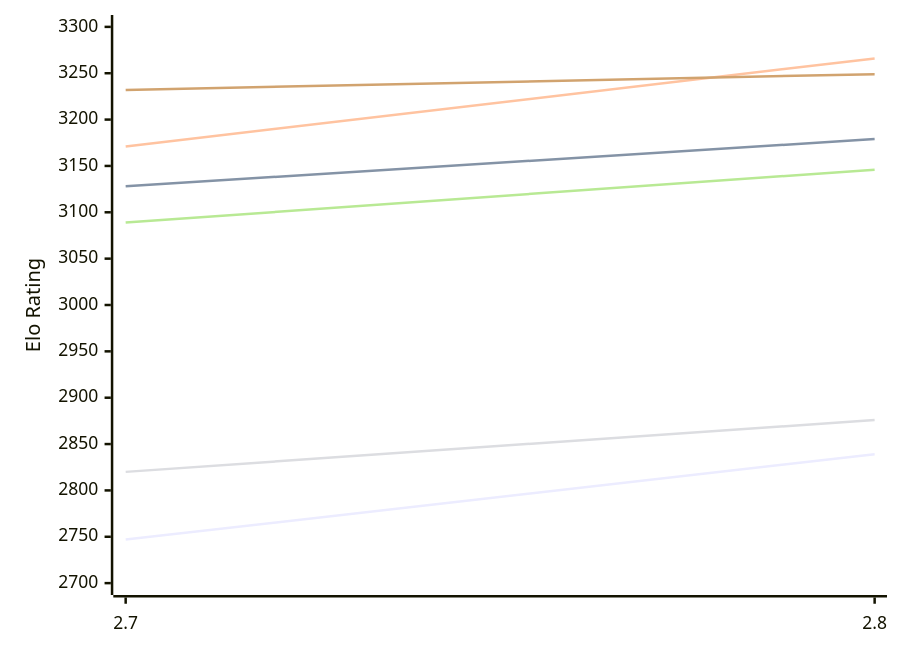
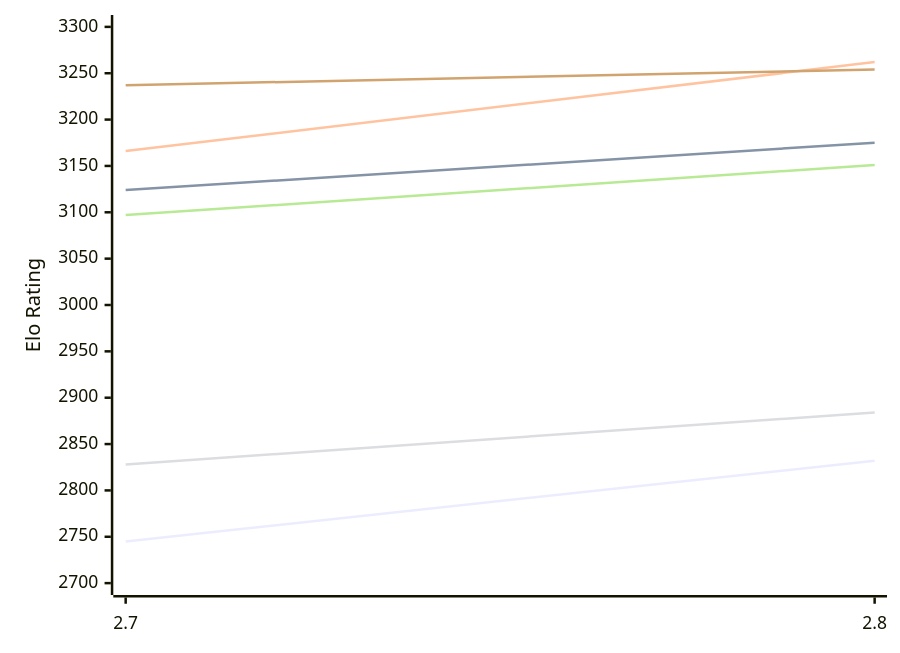
One commit to computer-chess-index/cci changed the first of 2 diagrams in engines/Arcanum.md. Above: the diagram before and after it, drawn with Mermaid. The commit also changed other lines of this file, not shown here.

Commit message:
Update CCI Ratings (ELO VLTC) - 2026-11-21

````diff
--- a/engines/Arcanum.md
+++ b/engines/Arcanum.md
@@ -50,12 +50,12 @@
 ```mermaid
 %%{init: {"theme":"base","themeVariables":{"seriesColors:['#a3a3a3','#222221','#faa371']}}}%%
 xychart-beta
   x-axis ["2.7", "2.8"]
   y-axis "Elo Rating" 2700 --> 3300
-  line "E1: STC (8.0+0.08s)" [2747, 2839]
-  line "E1: LTC (60.0+0.60s)" [3128, 3179]
-  line "E1: VLTC (2m24s+1.12s)" [3171, 3266]
-  line "P1: STC (8.0+0.08s)" [2820, 2876]
-  line "P1: LTC (60.0+0.60s)" [3089, 3146]
-  line "P1: VLTC (2m24s+1.12s)" [3232, 3249]
+  line "E1: STC (8.0+0.08s)" [2745, 2832]
+  line "E1: LTC (60.0+0.60s)" [3124, 3175]
+  line "E1: VLTC (2m24s+1.12s)" [3166, 3262]
+  line "P1: STC (8.0+0.08s)" [2828, 2884]
+  line "P1: LTC (60.0+0.60s)" [3097, 3151]
+  line "P1: VLTC (2m24s+1.12s)" [3237, 3254]
 ```
````
